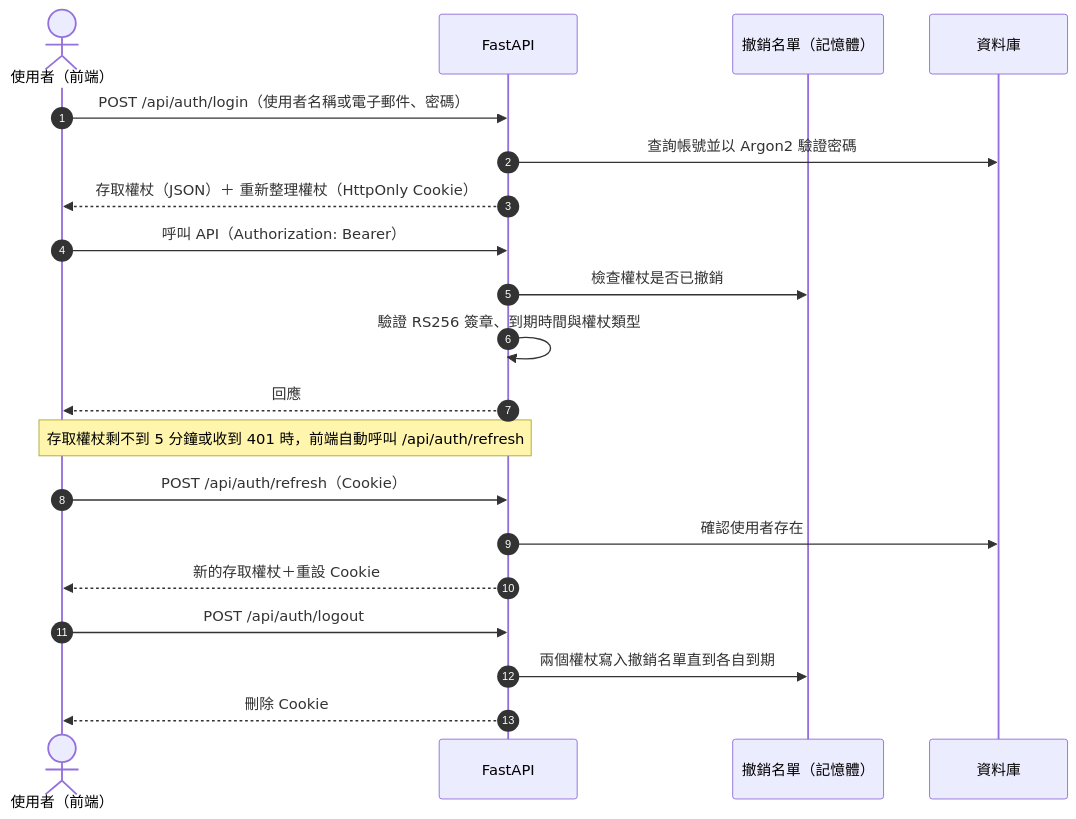
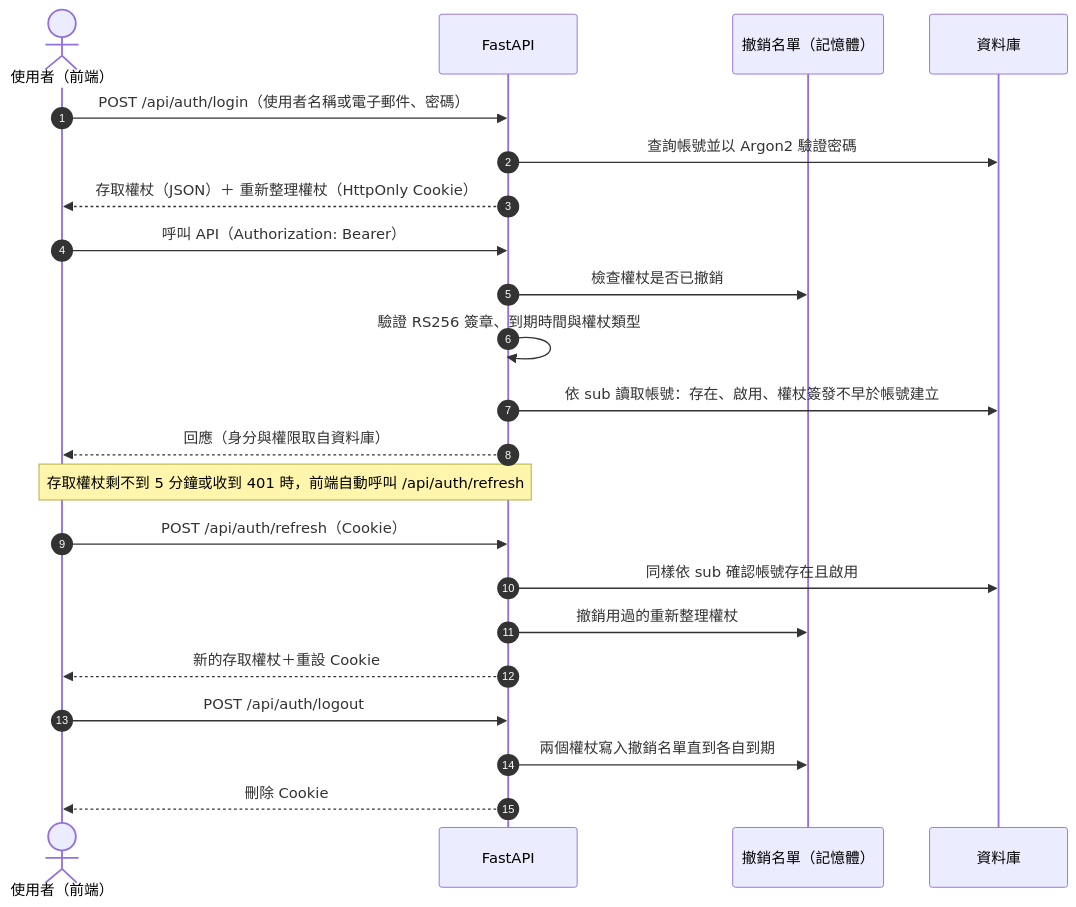
One commit to Scorpio-meow/AskMiao changed the eighth of 9 diagrams in docs/architecture.md. Above: the diagram before and after it, drawn with Mermaid. The commit also changed other lines of this file and 84 other files, not shown here.

````diff
--- a/docs/architecture.md
+++ b/docs/architecture.md
@@ -451,23 +484,25 @@
 ```mermaid
 sequenceDiagram
     autonumber
     actor User as 使用者（前端）
     participant API as FastAPI
     participant BL as 撤銷名單（記憶體）
     participant DB as 資料庫
 
     User->>API: POST /api/auth/login（使用者名稱或電子郵件、密碼）
     API->>DB: 查詢帳號並以 Argon2 驗證密碼
     API-->>User: 存取權杖（JSON）＋ 重新整理權杖（HttpOnly Cookie）
     User->>API: 呼叫 API（Authorization: Bearer）
     API->>BL: 檢查權杖是否已撤銷
     API->>API: 驗證 RS256 簽章、到期時間與權杖類型
-    API-->>User: 回應
+    API->>DB: 依 sub 讀取帳號：存在、啟用、權杖簽發不早於帳號建立
+    API-->>User: 回應（身分與權限取自資料庫）
     Note over User,API: 存取權杖剩不到 5 分鐘或收到 401 時，前端自動呼叫 /api/auth/refresh
     User->>API: POST /api/auth/refresh（Cookie）
-    API->>DB: 確認使用者存在
+    API->>DB: 同樣依 sub 確認帳號存在且啟用
+    API->>BL: 撤銷用過的重新整理權杖
     API-->>User: 新的存取權杖＋重設 Cookie
     User->>API: POST /api/auth/logout
     API->>BL: 兩個權杖寫入撤銷名單直到各自到期
     API-->>User: 刪除 Cookie
 ```
````
